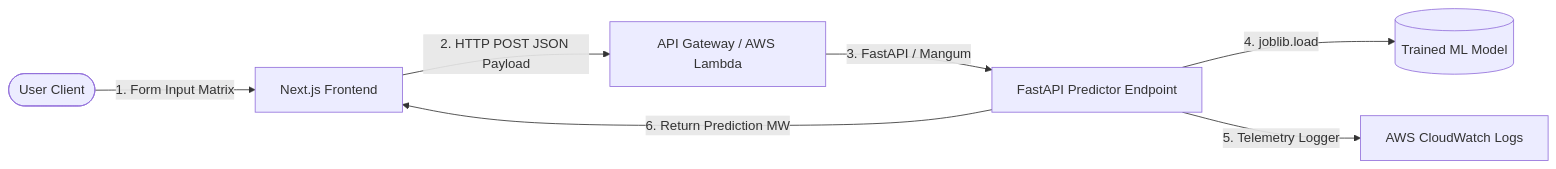
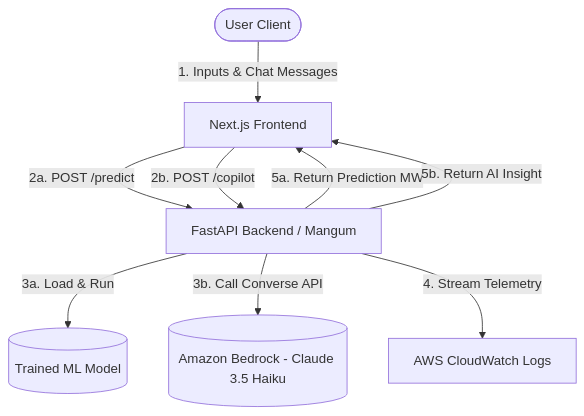
Before and after one commit to akhi-lbj/pjme_energy_consumption_estimator: the diagram in README.md, drawn with Mermaid. The commit also changed other lines of this file, not shown here.

````diff
--- a/README.md
+++ b/README.md
@@ -22,9 +23,18 @@
 ```mermaid
-graph LR
-    User([User Client]) -->|1. Form Input Matrix| Frontend[Next.js Frontend]
-    Frontend -->|2. HTTP POST JSON Payload| Gateway[API Gateway / AWS Lambda]
-    Gateway -->|3. FastAPI / Mangum| Backend[FastAPI Predictor Endpoint]
-    Backend -->|4. joblib.load| Model[(Trained ML Model)]
-    Backend -->|5. Telemetry Logger| CW[AWS CloudWatch Logs]
-    Backend -->|6. Return Prediction MW| Frontend
+graph TD
+    User([User Client]) -->|1. Inputs & Chat Messages| Frontend[Next.js Frontend]
+    
+    %% Predict Flow
+    Frontend -->|2a. POST /predict| Backend[FastAPI Backend / Mangum]
+    Backend -->|3a. Load & Run| Model[(Trained ML Model)]
+    
+    %% Copilot Flow
+    Frontend -->|2b. POST /copilot| Backend
+    Backend -->|3b. Call Converse API| Bedrock[(Amazon Bedrock - Claude 3.5 Haiku)]
+    
+    %% Shared Infrastructure
+    Backend -->|4. Stream Telemetry| CW[AWS CloudWatch Logs]
+    
+    Backend -->|5a. Return Prediction MW| Frontend
+    Backend -->|5b. Return AI Insight| Frontend
 ```
````
